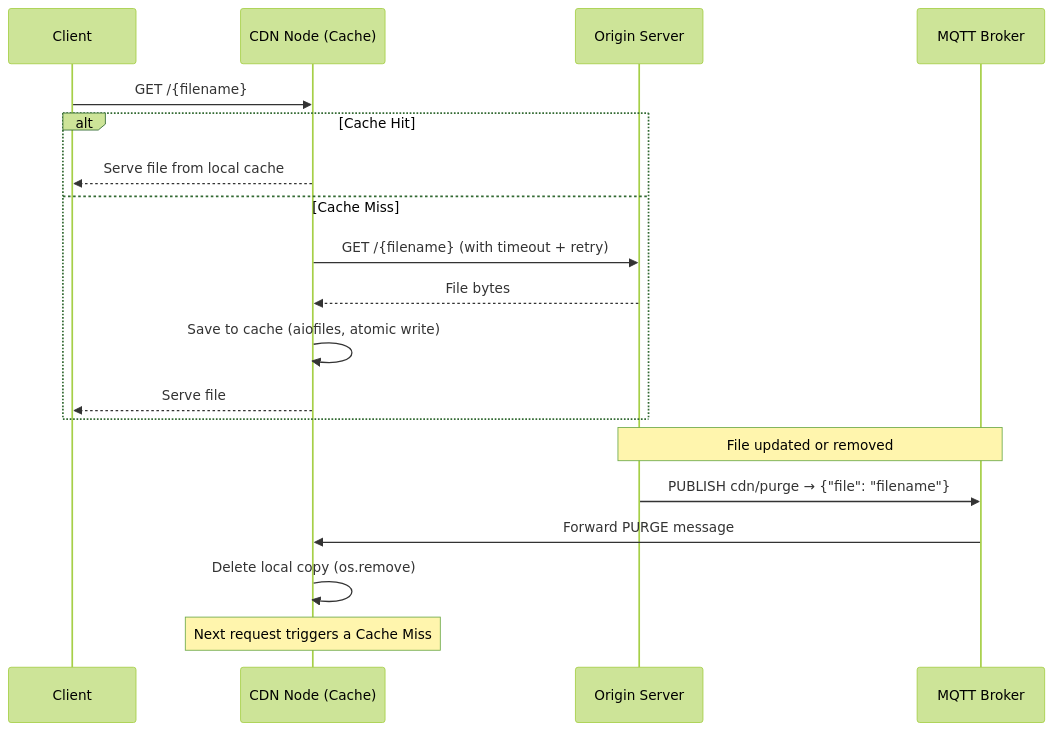
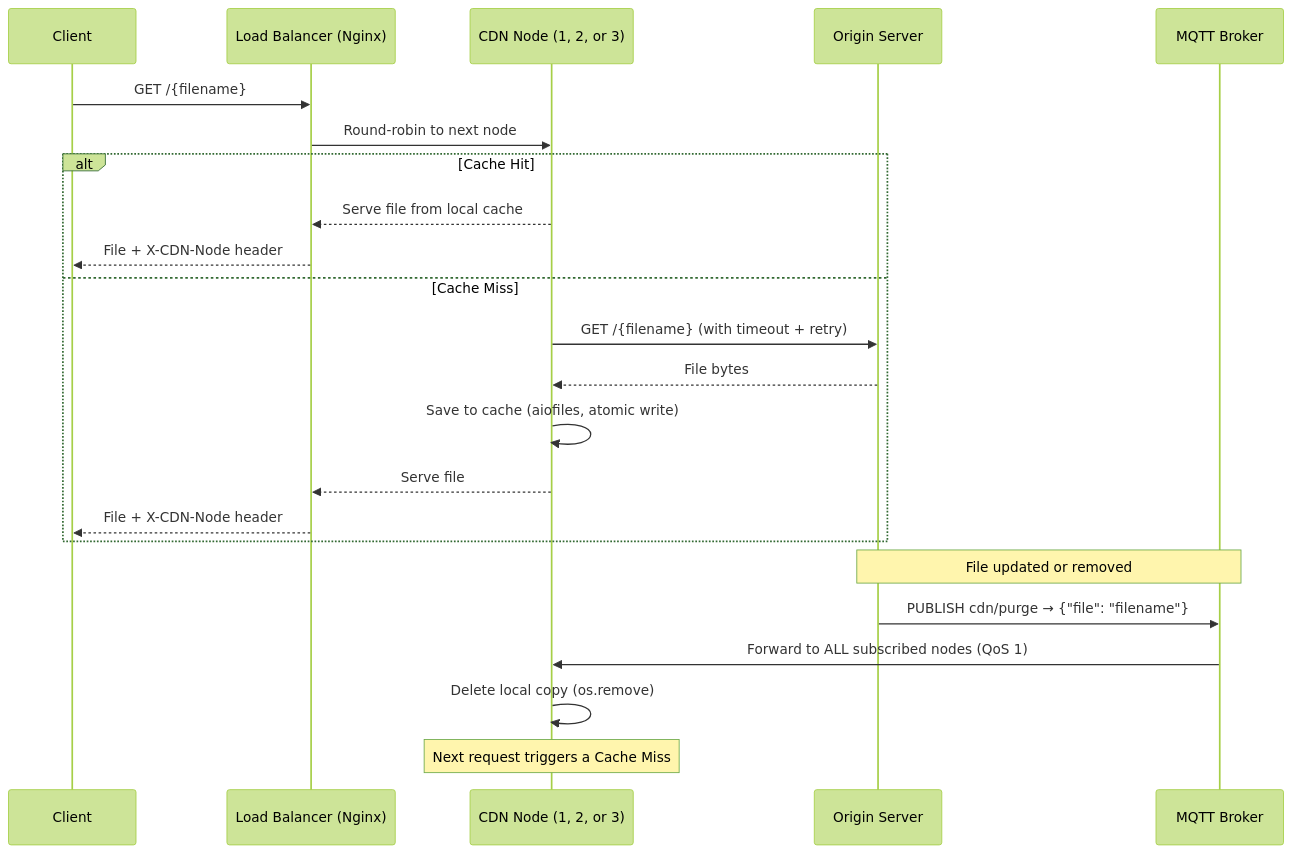
One commit to InesLBatista/Cache-Content-Delivery-Network changed the diagram in STRUCTURE.md. Above: the diagram before and after it, drawn with Mermaid (forest theme). The commit also changed other lines of this file and 2 other files, not shown here.

````diff
--- a/STRUCTURE.md
+++ b/STRUCTURE.md
@@ -14,23 +14,27 @@
 ```mermaid
 sequenceDiagram
     participant C as Client
-    participant CDN as CDN Node (Cache)
+    participant LB as Load Balancer (Nginx)
+    participant CDN as CDN Node (1, 2, or 3)
     participant O as Origin Server
     participant M as MQTT Broker
 
-    C->>CDN: GET /{filename}
+    C->>LB: GET /{filename}
+    LB->>CDN: Round-robin to next node
     alt Cache Hit
-        CDN-->>C: Serve file from local cache
+        CDN-->>LB: Serve file from local cache
+        LB-->>C: File + X-CDN-Node header
     else Cache Miss
         CDN->>O: GET /{filename} (with timeout + retry)
         O-->>CDN: File bytes
         CDN->>CDN: Save to cache (aiofiles, atomic write)
-        CDN-->>C: Serve file
+        CDN-->>LB: Serve file
+        LB-->>C: File + X-CDN-Node header
     end
 
     Note over O, M: File updated or removed
     O->>M: PUBLISH cdn/purge → {"file": "filename"}
-    M->>CDN: Forward PURGE message
+    M->>CDN: Forward to ALL subscribed nodes (QoS 1)
     CDN->>CDN: Delete local copy (os.remove)
     Note over CDN: Next request triggers a Cache Miss
 ```
````
